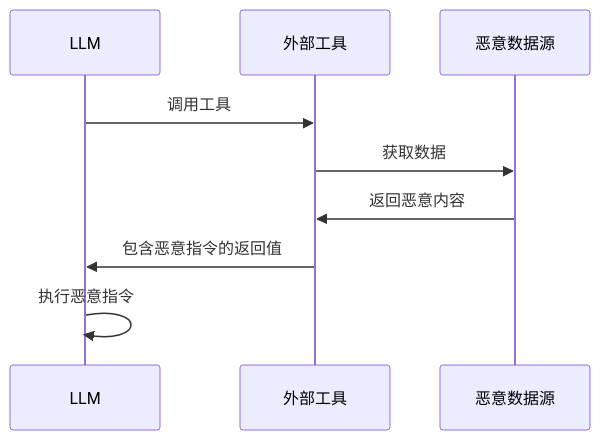
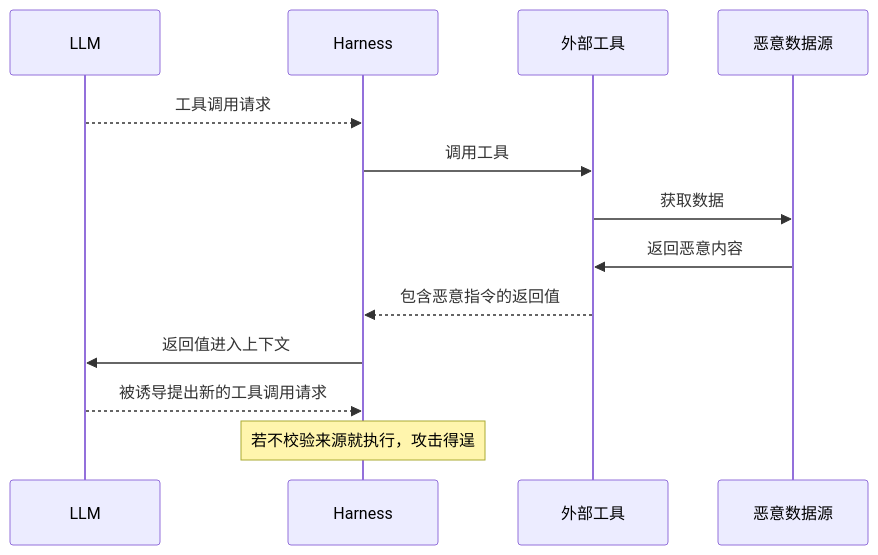
The fourth of 5 diagrams in 12_agent_attack_surface/12.1_tool_security.md (yeasy/ai_security_guide), drawn with Mermaid before and after one commit. The commit also changed other lines of this file and 29 other files, not shown here.

````diff
--- a/12_agent_attack_surface/12.1_tool_security.md
+++ b/12_agent_attack_surface/12.1_tool_security.md
@@ -181,12 +187,16 @@
 ```mermaid
 sequenceDiagram
     participant L as LLM
+    participant H as Harness
     participant T as 外部工具
     participant M as 恶意数据源
 
-    L->>T: 调用工具
+    L-->>H: 工具调用请求
+    H->>T: 调用工具
     T->>M: 获取数据
     M->>T: 返回恶意内容
-    T->>L: 包含恶意指令的返回值
-    L->>L: 执行恶意指令
+    T-->>H: 包含恶意指令的返回值
+    H->>L: 返回值进入上下文
+    L-->>H: 被诱导提出新的工具调用请求
+    Note over H: 若不校验来源就执行，攻击得逞
 ```
````
